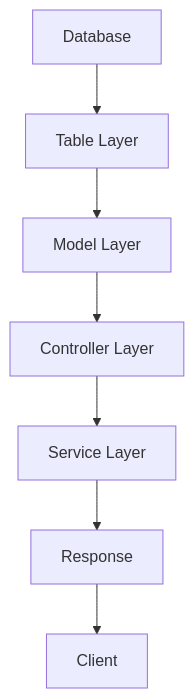
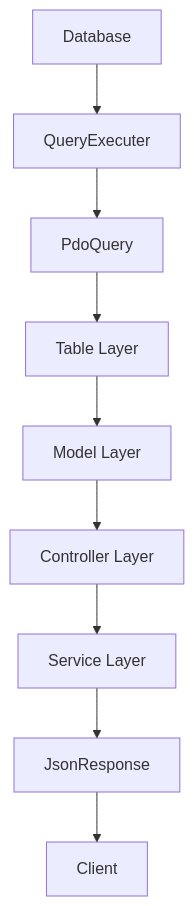
One commit to secure73/gemvc changed the second of 2 diagrams in docs/core/architecture.md. Above: the diagram before and after it, drawn with Mermaid. The commit also changed other lines of this file and 6 other files, not shown here.

````diff
--- a/docs/core/architecture.md
+++ b/docs/core/architecture.md
@@ -110,9 +123,11 @@
 ```mermaid
 graph TD
-    A[Database] --> B[Table Layer]
-    B --> C[Model Layer]
-    C --> D[Controller Layer]
-    D --> E[Service Layer]
-    E --> F[Response]
-    F --> G[Client]
+    A[Database] --> B[QueryExecuter]
+    B --> C[PdoQuery]
+    C --> D[Table Layer]
+    D --> E[Model Layer]
+    E --> F[Controller Layer]
+    F --> G[Service Layer]
+    G --> H[JsonResponse]
+    H --> I[Client]
 ```
````
